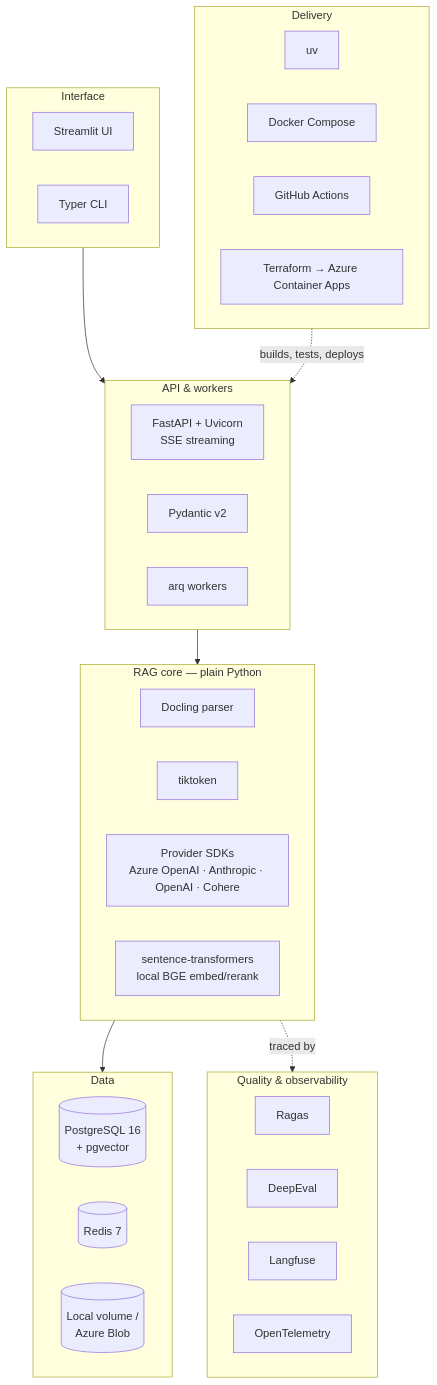
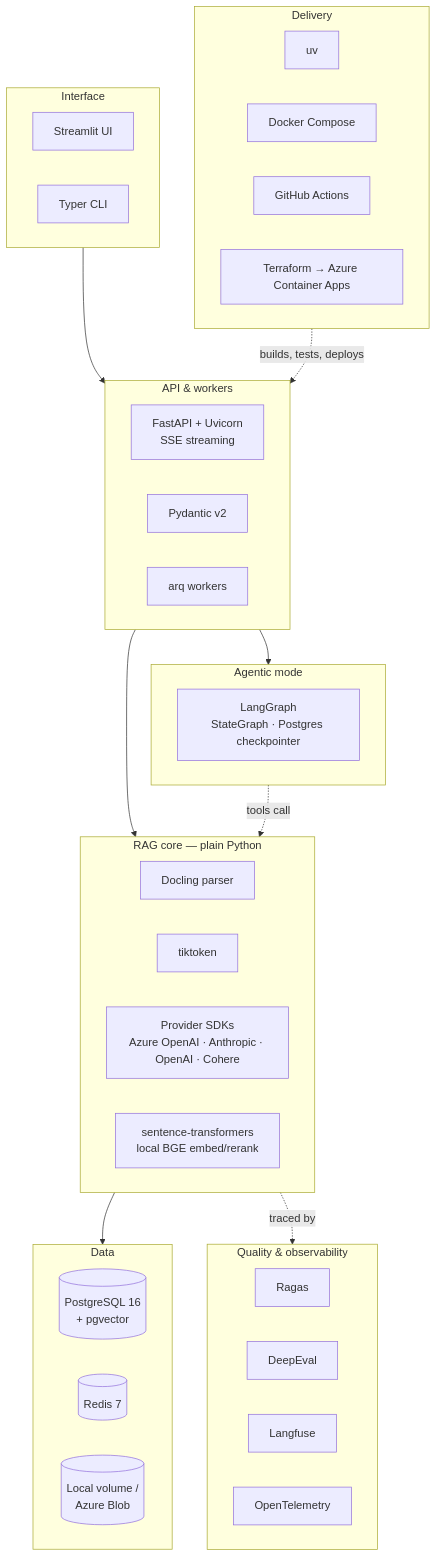
Before and after one commit to pRiMeXoMeGa/AI-Learning-Projects: the diagram in projects/01-rag-eval-lab/docs/07-tech-stack.md, drawn with Mermaid. The commit also changed other lines of this file and 23 other files, not shown here.

First line of the commit message:
Add agentic RAG mode and beginner-friendly guides to Project 1

````diff
--- a/projects/01-rag-eval-lab/docs/07-tech-stack.md
+++ b/projects/01-rag-eval-lab/docs/07-tech-stack.md
@@ -28,38 +28,42 @@
 ```mermaid
 flowchart TB
     subgraph L1["Interface"]
         ST[Streamlit UI]
         CLI[Typer CLI]
     end
     subgraph L2["API & workers"]
         FA[FastAPI + Uvicorn<br/>SSE streaming]
         PY[Pydantic v2]
         ARQ[arq workers]
     end
     subgraph L3["RAG core — plain Python"]
         DOC[Docling parser]
         TIK[tiktoken]
         SDK[Provider SDKs<br/>Azure OpenAI · Anthropic · OpenAI · Cohere]
         ST2[sentence-transformers<br/>local BGE embed/rerank]
+    end
+    subgraph L3b["Agentic mode"]
+        LG[LangGraph<br/>StateGraph · Postgres checkpointer]
     end
     subgraph L4["Data"]
         PG[(PostgreSQL 16<br/>+ pgvector)]
         RD[(Redis 7)]
         OBJ[(Local volume /<br/>Azure Blob)]
     end
     subgraph L5["Quality & observability"]
         RG[Ragas]
         DE[DeepEval]
         LF[Langfuse]
         OT[OpenTelemetry]
     end
     subgraph L6["Delivery"]
         UV[uv]
         DK[Docker Compose]
         GA[GitHub Actions]
         TF[Terraform → Azure Container Apps]
     end
     L1 --> L2 --> L3 --> L4
+    L2 --> L3b -. "tools call" .-> L3
     L3 -. traced by .-> L5
     L6 -. builds, tests, deploys .-> L2
 ```
````
